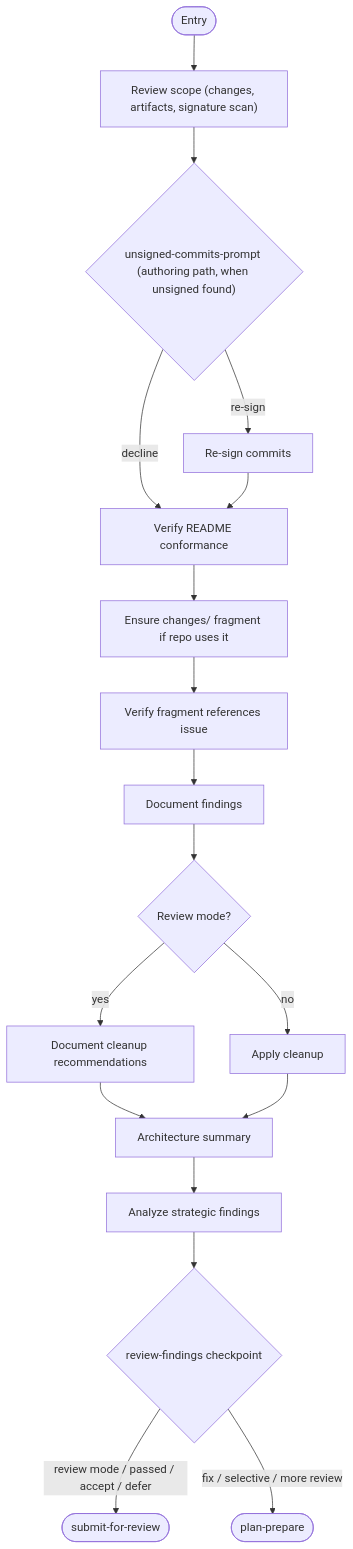
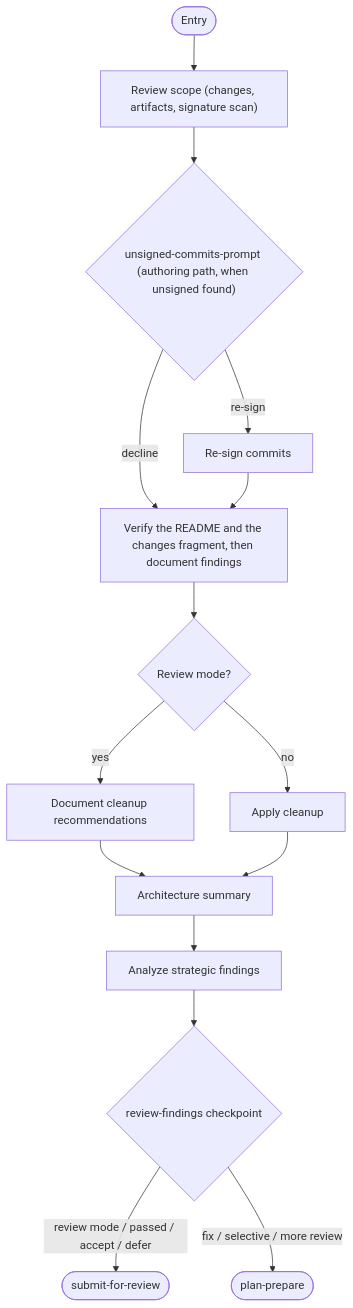
Diagram 13 of 15 in work-package/activities/README.md (m2ux/workflow-server), drawn with Mermaid before and after one commit. The commit also changed other lines of this file, not shown here.

First line of the commit message:
docs(work-package): group each activity diagram's straight runs into one block

````diff
--- a/work-package/activities/README.md
+++ b/work-package/activities/README.md
@@ -382,20 +340,17 @@
 ```mermaid
 graph TD
     entryNode(["Entry"]) --> reviewScope["Review scope (changes, artifacts, signature scan)"]
     reviewScope --> cpUnsigned{"unsigned-commits-prompt (authoring path, when unsigned found)"}
     cpUnsigned -->|"re-sign"| resign["Re-sign commits"]
     cpUnsigned -->|"decline"| verifyReadme
-    resign --> verifyReadme["Verify README conformance"]
-    verifyReadme --> changesFrag["Ensure changes/ fragment if repo uses it"]
-    changesFrag --> verifyFragment["Verify fragment references issue"]
-    verifyFragment --> documentFindings["Document findings"]
-    documentFindings --> cleanupBranch{"Review mode?"}
+    resign --> verifyReadme["Verify the README and the changes fragment, then document findings"]
+    verifyReadme --> cleanupBranch{"Review mode?"}
     cleanupBranch -->|"yes"| docCleanup["Document cleanup recommendations"]
     cleanupBranch -->|"no"| applyCleanup["Apply cleanup"]
     docCleanup --> createArchSummary
     applyCleanup --> createArchSummary["Architecture summary"]
     createArchSummary --> analyze["Analyze strategic findings"]
     analyze --> cpFindings{"review-findings checkpoint"}
     cpFindings -->|"review mode / passed / accept / defer"| exitSubmit(["submit-for-review"])
     cpFindings -->|"fix / selective / more review"| exitPlan(["plan-prepare"])
 ```
````
